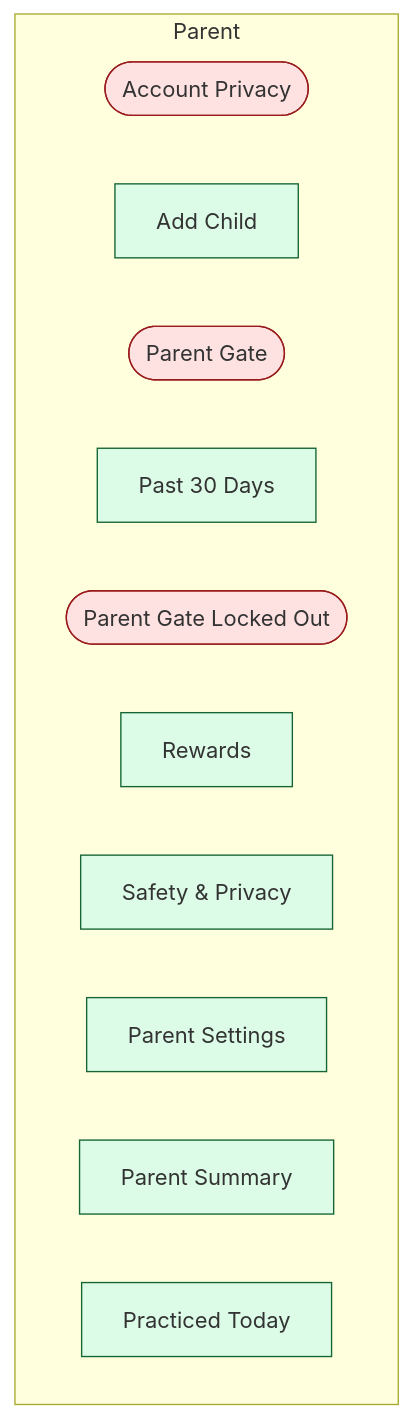
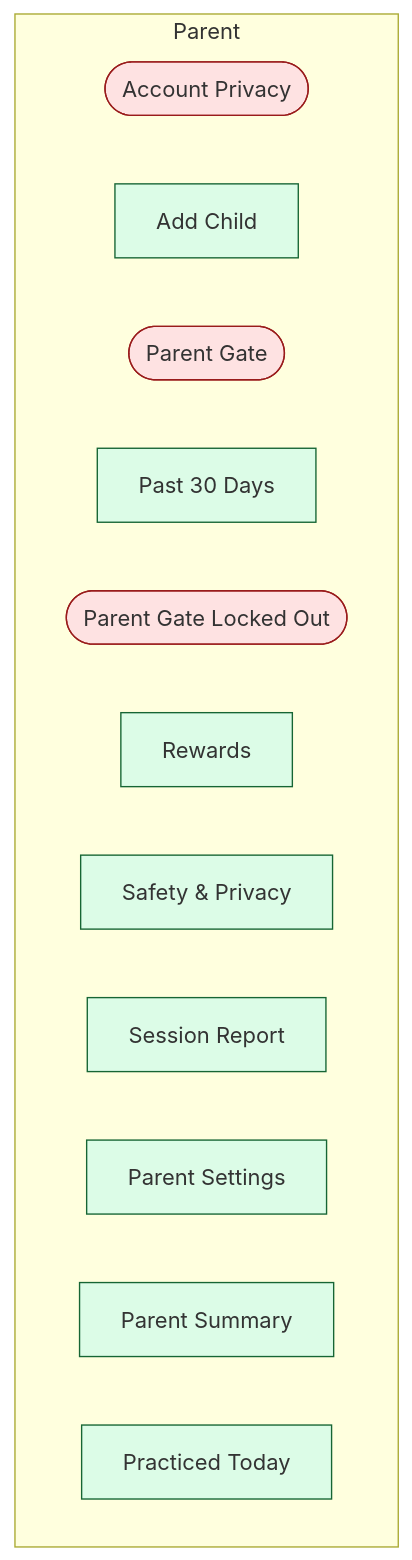
Before and after one commit to JSR-Algo/TJBOT-Mobile: the diagram in migrate-ui-ux-to-mobile-app-docs/flows/domains/parent/flow.generated.mmd, drawn with Mermaid. The commit also changed 39 other files, not shown here.

```diff
--- a/migrate-ui-ux-to-mobile-app-docs/flows/domains/parent/flow.generated.mmd
+++ b/migrate-ui-ux-to-mobile-app-docs/flows/domains/parent/flow.generated.mmd
@@ -1,19 +1,20 @@
-%% GENERATED FROM nav-graph-data.json sha=d50ccb165d20. Do not edit by hand.
+%% GENERATED FROM nav-graph-data.json sha=9e0ae5c49017. Do not edit by hand.
 %% domain: parent
 flowchart TD
   classDef happy fill:#dcfce7,stroke:#166534
   classDef edge  fill:#fee2e2,stroke:#991b1b
   subgraph Parent["Parent"]
     parent_account_privacy(["Account Privacy"])
     parent_add_child["Add Child"]
     parent_gate(["Parent Gate"])
     parent_history["Past 30 Days"]
     parent_locked_out(["Parent Gate Locked Out"])
     parent_rewards["Rewards"]
     parent_safety["Safety & Privacy"]
+    parent_session_report["Session Report"]
     parent_settings["Parent Settings"]
     parent_summary["Parent Summary"]
     parent_today["Practiced Today"]
   end
-  class parent_add_child,parent_history,parent_rewards,parent_safety,parent_settings,parent_summary,parent_today happy
+  class parent_add_child,parent_history,parent_rewards,parent_safety,parent_session_report,parent_settings,parent_summary,parent_today happy
   class parent_account_privacy,parent_gate,parent_locked_out edge
```
